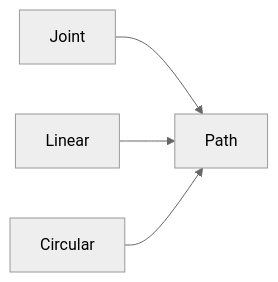
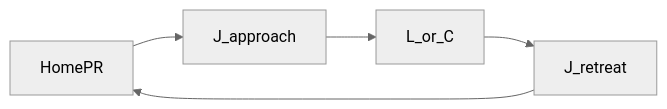
The diagram in docs/fanuc/motion-paths-home/overview.md (girijashankarj/garry-tj-robo-journey), drawn with Mermaid (neutral theme) before and after one commit. The commit also changed other lines of this file and 127 other files, not shown here.

````diff
--- a/docs/fanuc/motion-paths-home/overview.md
+++ b/docs/fanuc/motion-paths-home/overview.md
@@ -22,9 +35,8 @@
 ```mermaid
 flowchart LR
-  j[Joint]
-  l[Linear]
-  c[Circular]
-  j --> path[Path]
-  l --> path
-  c --> path
+  home[HomePR]
+  approach[J_approach]
+  process[L_or_C]
+  retreat[J_retreat]
+  home --> approach --> process --> retreat --> home
 ```
````
